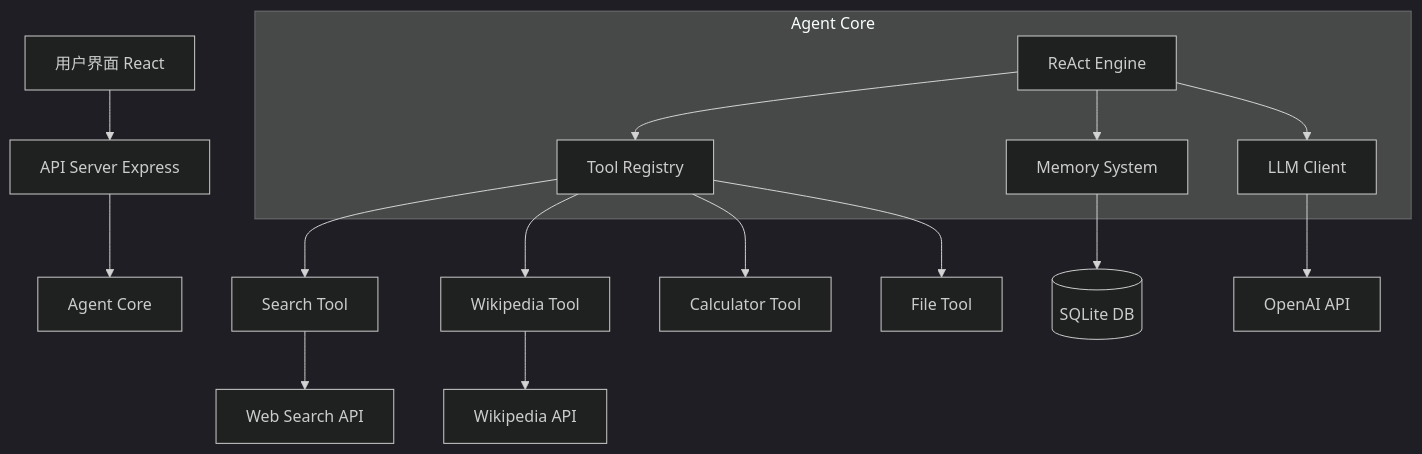
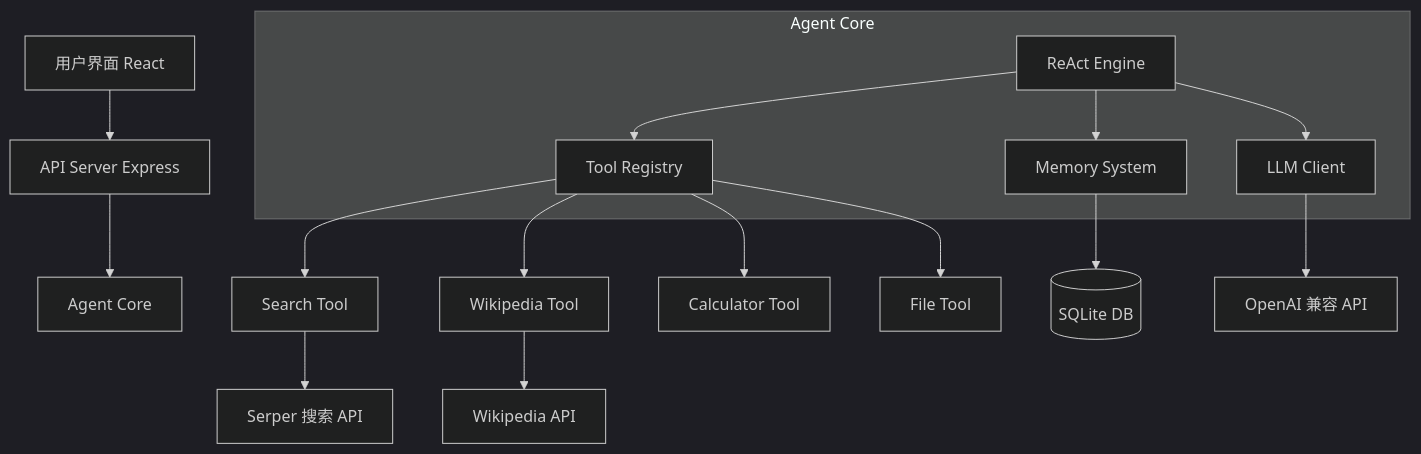
The diagram in docs/ai/08-build-first-agent.md (Keekuun/keekuun.github.io), drawn with Mermaid (dark theme) before and after one commit. The commit also changed other lines of this file and 3 other files, not shown here.

````diff
--- a/docs/ai/08-build-first-agent.md
+++ b/docs/ai/08-build-first-agent.md
@@ -83,22 +89,22 @@
 ```mermaid
 graph TB
     A[用户界面 React] --> B[API Server Express]
     B --> C[Agent Core]
     
     subgraph Agent Core
         C1[ReAct Engine] --> C2[Tool Registry]
         C1 --> C3[Memory System]
         C1 --> C4[LLM Client]
     end
     
     C2 --> D1[Search Tool]
     C2 --> D2[Wikipedia Tool]
     C2 --> D3[Calculator Tool]
     C2 --> D4[File Tool]
     
     C3 --> E[(SQLite DB)]
-    C4 --> F[OpenAI API]
+    C4 --> F[OpenAI 兼容 API]
     
-    D1 --> G[Web Search API]
+    D1 --> G[Serper 搜索 API]
     D2 --> H[Wikipedia API]
 ```
````
